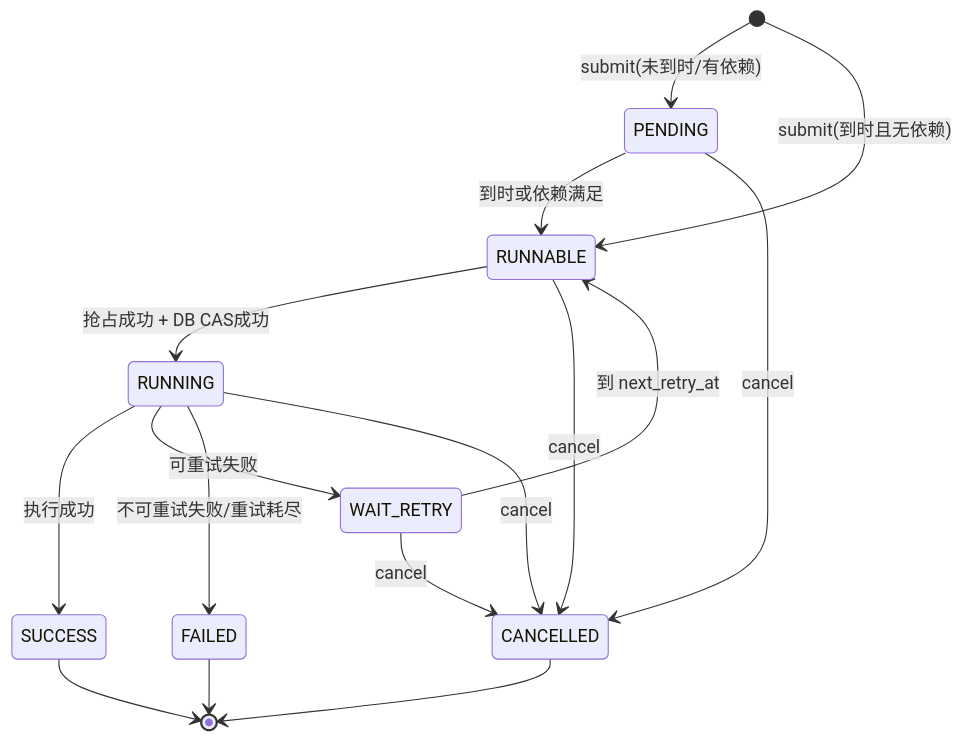
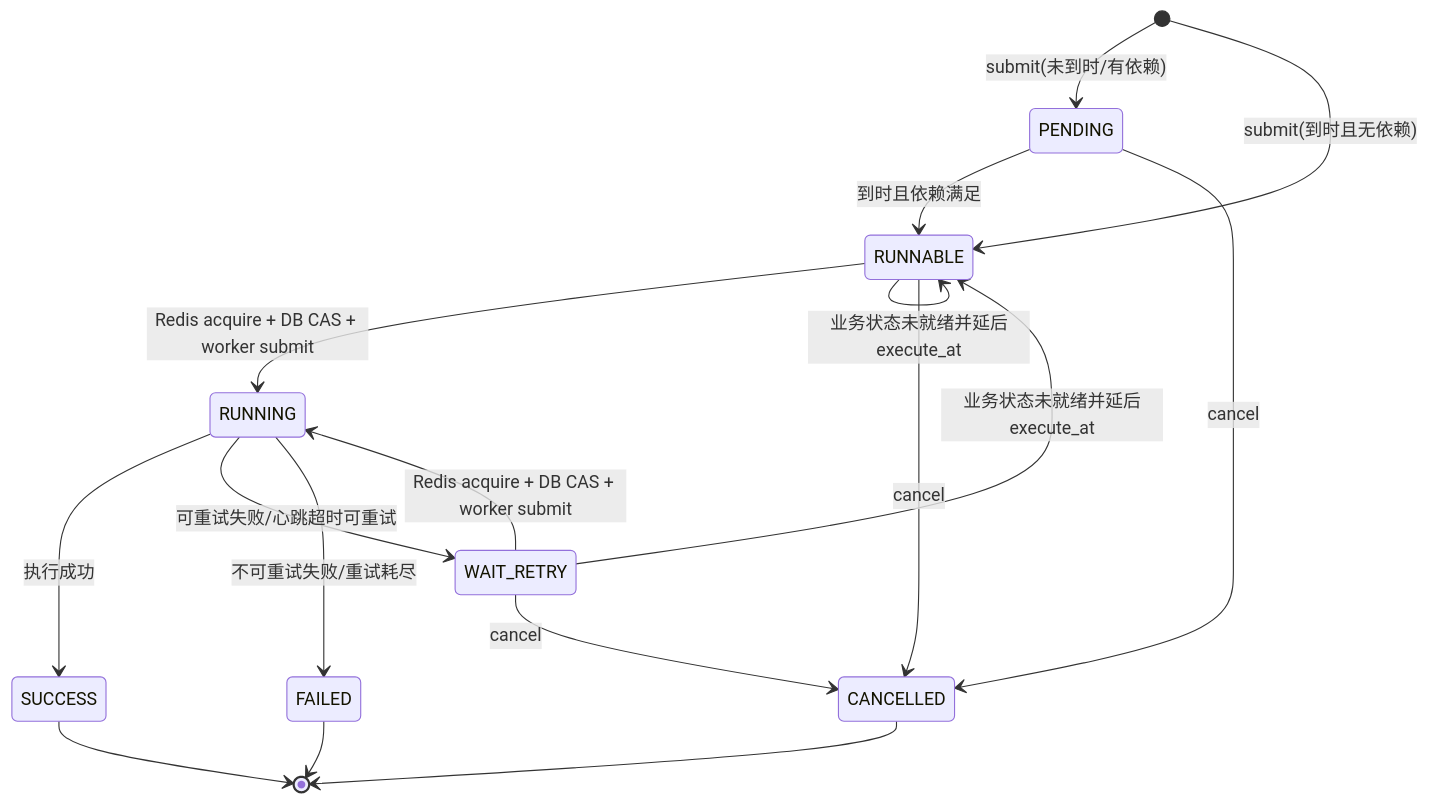
Before and after one commit to shuaidongshuai/user-task-scheduler: the second of 4 diagrams in docs/技术方案设计.md, drawn with Mermaid. The commit also changed other lines of this file and 11 other files, not shown here.

````diff
--- a/docs/技术方案设计.md
+++ b/docs/技术方案设计.md
@@ -117,18 +142,19 @@
 ```mermaid
 stateDiagram-v2
     [*] --> PENDING: submit(未到时/有依赖)
     [*] --> RUNNABLE: submit(到时且无依赖)
-    PENDING --> RUNNABLE: 到时或依赖满足
-    RUNNABLE --> RUNNING: 抢占成功 + DB CAS成功
+    PENDING --> RUNNABLE: 到时且依赖满足
+    RUNNABLE --> RUNNING: Redis acquire + DB CAS + worker submit
+    WAIT_RETRY --> RUNNING: Redis acquire + DB CAS + worker submit
     RUNNING --> SUCCESS: 执行成功
-    RUNNING --> WAIT_RETRY: 可重试失败
+    RUNNING --> WAIT_RETRY: 可重试失败/心跳超时可重试
     RUNNING --> FAILED: 不可重试失败/重试耗尽
-    WAIT_RETRY --> RUNNABLE: 到 next_retry_at
+    RUNNABLE --> RUNNABLE: 业务状态未就绪并延后execute_at
+    WAIT_RETRY --> RUNNABLE: 业务状态未就绪并延后execute_at
     PENDING --> CANCELLED: cancel
     RUNNABLE --> CANCELLED: cancel
-    RUNNING --> CANCELLED: cancel
     WAIT_RETRY --> CANCELLED: cancel
     SUCCESS --> [*]
     FAILED --> [*]
     CANCELLED --> [*]
 ```
````
